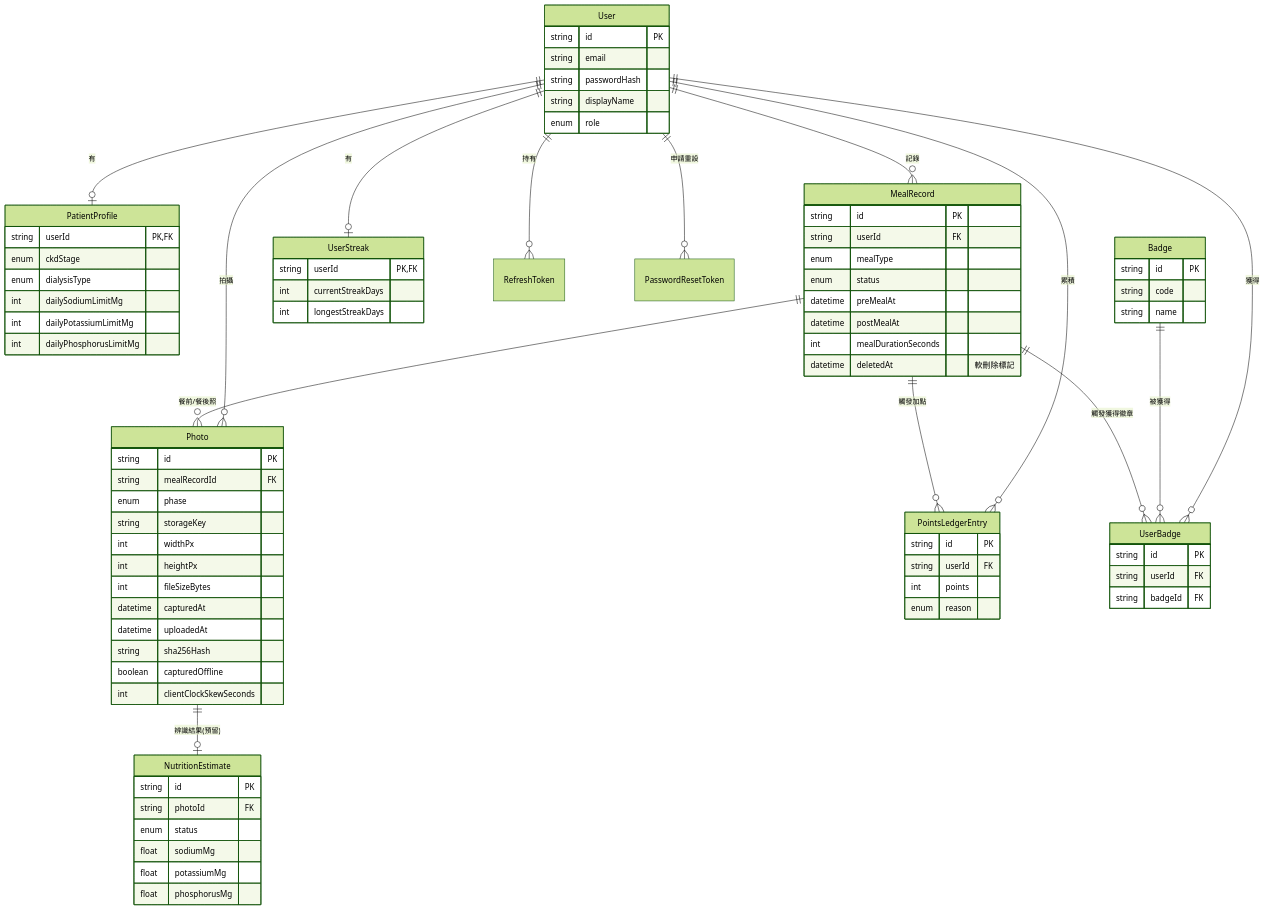
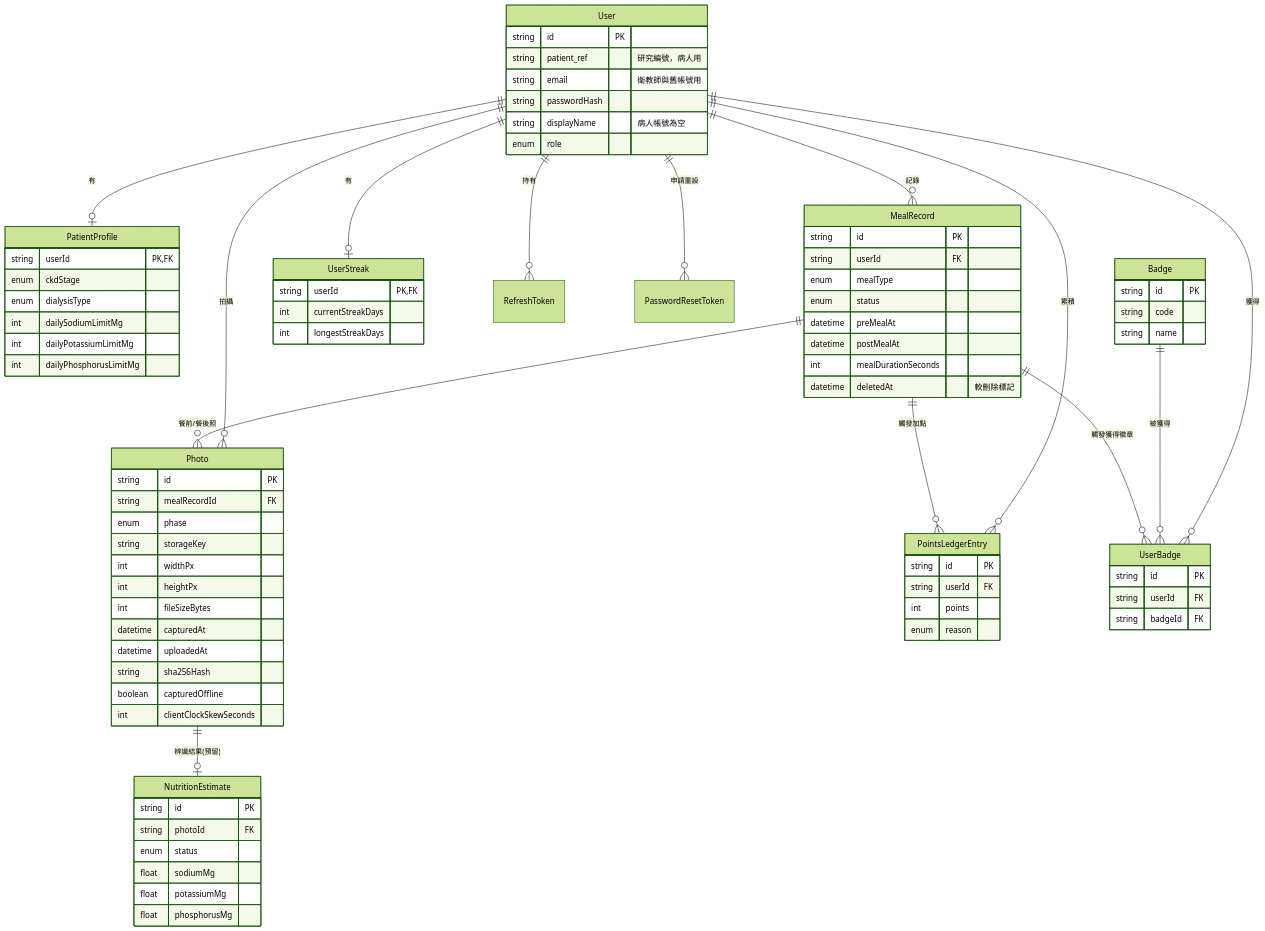
One commit to rayyar28/kidney-diet-app changed the diagram in docs/DATABASE.md. Above: the diagram before and after it, drawn with Mermaid (forest theme). The commit also changed other lines of this file and 62 other files, not shown here.

```diff
--- a/docs/DATABASE.md
+++ b/docs/DATABASE.md
@@ -34,9 +34,10 @@
 
     User {
         string id PK
-        string email
+        string patient_ref "研究編號，病人用"
+        string email "衛教師與舊帳號用"
         string passwordHash
-        string displayName
+        string displayName "病人帳號為空"
         enum role
     }
     PatientProfile {
```
